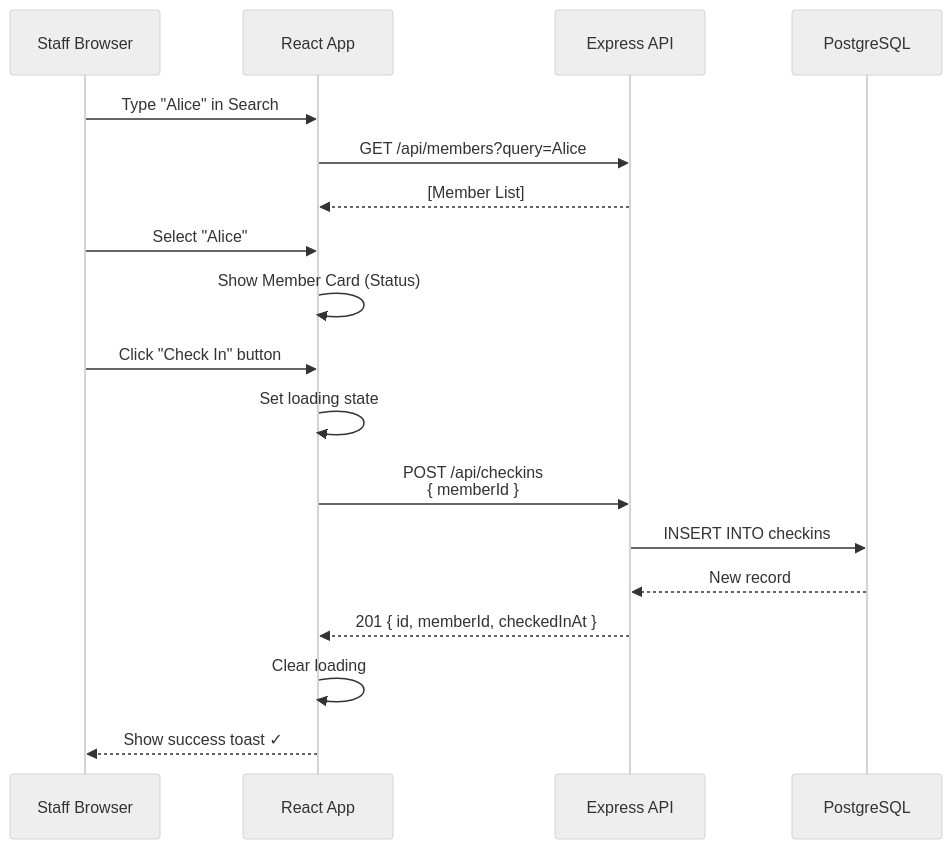
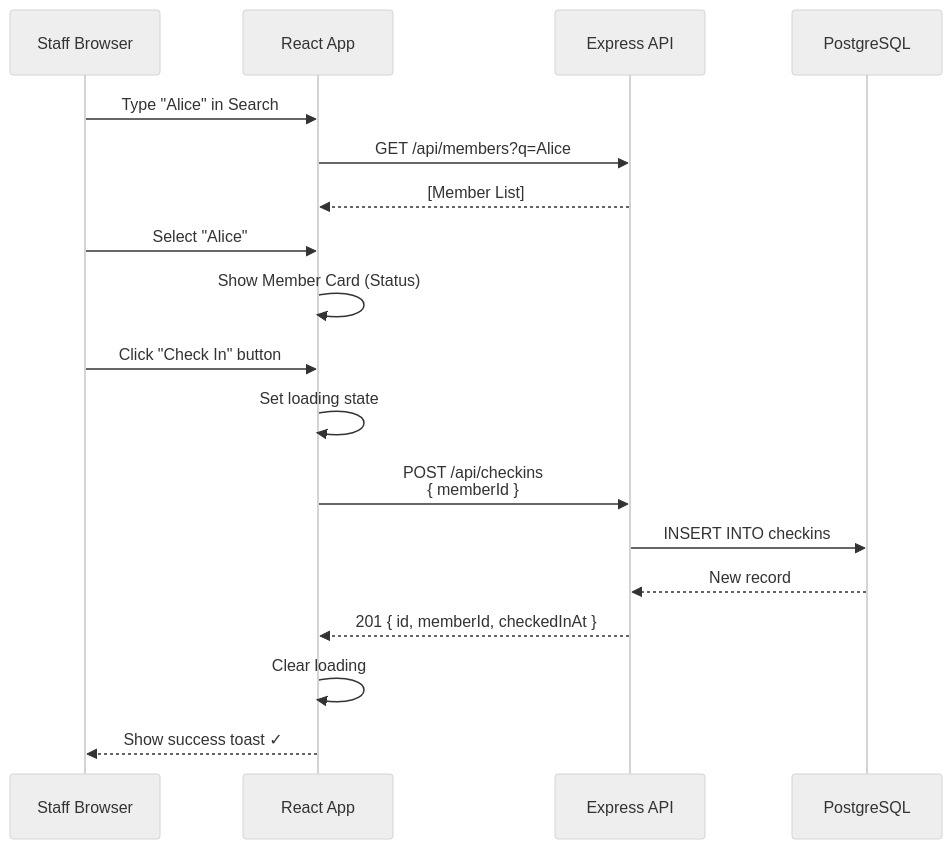
One commit to amanganello/membership-management-app changed the fourth of 5 diagrams in ARCHITECTURE.md. Above: the diagram before and after it, drawn with Mermaid (neutral theme). The commit also changed other lines of this file and 2 other files, not shown here.

Commit message:
updated architecture, tech spec, and comment

````diff
--- a/ARCHITECTURE.md
+++ b/ARCHITECTURE.md
@@ -215,22 +215,22 @@
 ```mermaid
 sequenceDiagram
     participant Staff as Staff Browser
     participant React as React App
     participant API as Express API
     participant DB as PostgreSQL
 
     Staff->>React: Type "Alice" in Search
-    React->>API: GET /api/members?query=Alice
+    React->>API: GET /api/members?q=Alice
     API-->>React: [Member List]
     Staff->>React: Select "Alice"
     React->>React: Show Member Card (Status)
     
     Staff->>React: Click "Check In" button
     React->>React: Set loading state
     React->>API: POST /api/checkins<br/>{ memberId }
     API->>DB: INSERT INTO checkins
     DB-->>API: New record
     API-->>React: 201 { id, memberId, checkedInAt }
     React->>React: Clear loading
     React-->>Staff: Show success toast ✓
 ```
````
